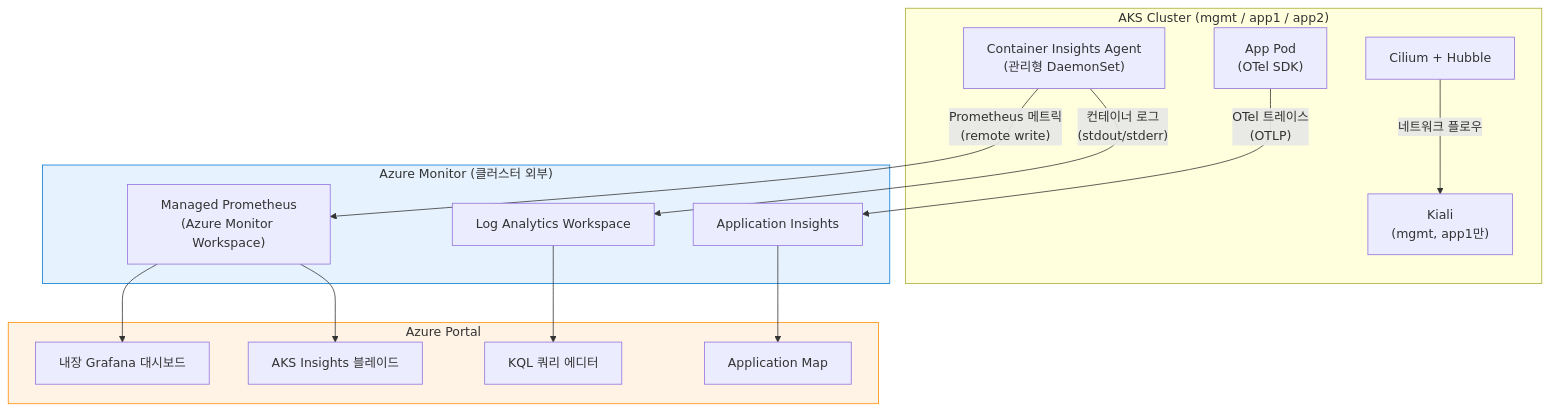
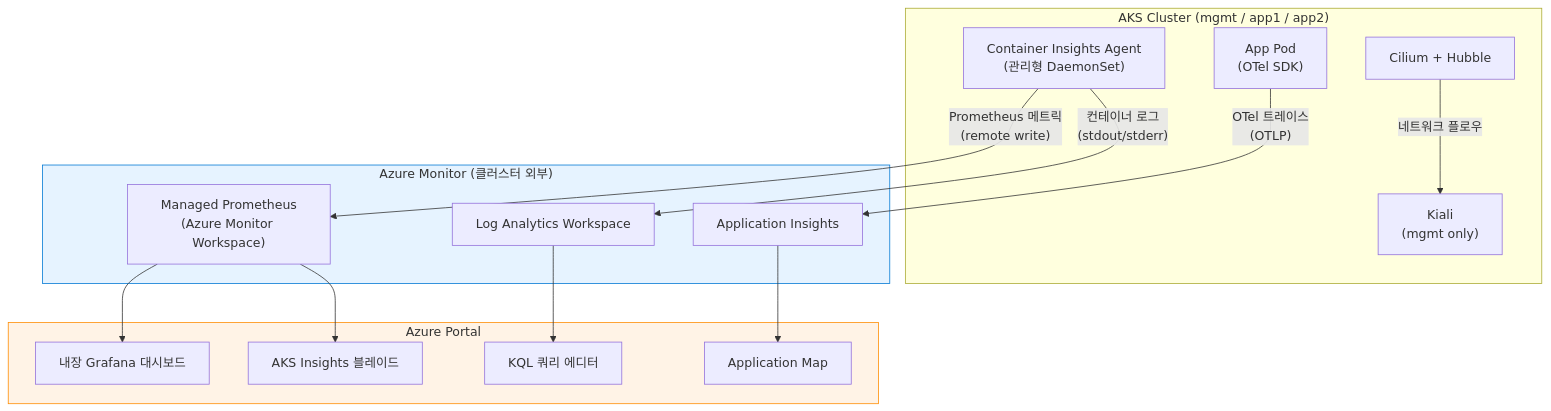
One commit to bocopile/azure-k8s-terraform changed diagram 11 of 22 in document/azure/DIAGRAMS.md. Above: the diagram before and after it, drawn with Mermaid. The commit also changed other lines of this file and 19 other files, not shown here.

````diff
--- a/document/azure/DIAGRAMS.md
+++ b/document/azure/DIAGRAMS.md
@@ -504,35 +509,35 @@
 ```mermaid
 graph TB
     subgraph Cluster["AKS Cluster (mgmt / app1 / app2)"]
         CIA["Container Insights Agent<br/>(관리형 DaemonSet)"]
         APP["App Pod<br/>(OTel SDK)"]
         CILIUM["Cilium + Hubble"]
-        KIALI["Kiali<br/>(mgmt, app1만)"]
+        KIALI["Kiali<br/>(mgmt only)"]
     end
 
     subgraph AzureMonitor["Azure Monitor (클러스터 외부)"]
         PROM["Managed Prometheus<br/>(Azure Monitor Workspace)"]
         LOG["Log Analytics Workspace"]
         APPINS["Application Insights"]
     end
 
     subgraph Portal["Azure Portal"]
         GRAF["내장 Grafana 대시보드"]
         KQL["KQL 쿼리 에디터"]
         APPMAP["Application Map"]
         INSIGHTS["AKS Insights 블레이드"]
     end
 
     CIA -->|"Prometheus 메트릭<br/>(remote write)"| PROM
     CIA -->|"컨테이너 로그<br/>(stdout/stderr)"| LOG
     APP -->|"OTel 트레이스<br/>(OTLP)"| APPINS
     CILIUM -->|"네트워크 플로우"| KIALI
 
     PROM --> GRAF
     PROM --> INSIGHTS
     LOG --> KQL
     APPINS --> APPMAP
 
     style AzureMonitor fill:#e6f3ff,stroke:#0078d4
     style Portal fill:#fff3e6,stroke:#ff8c00
 ```
````
